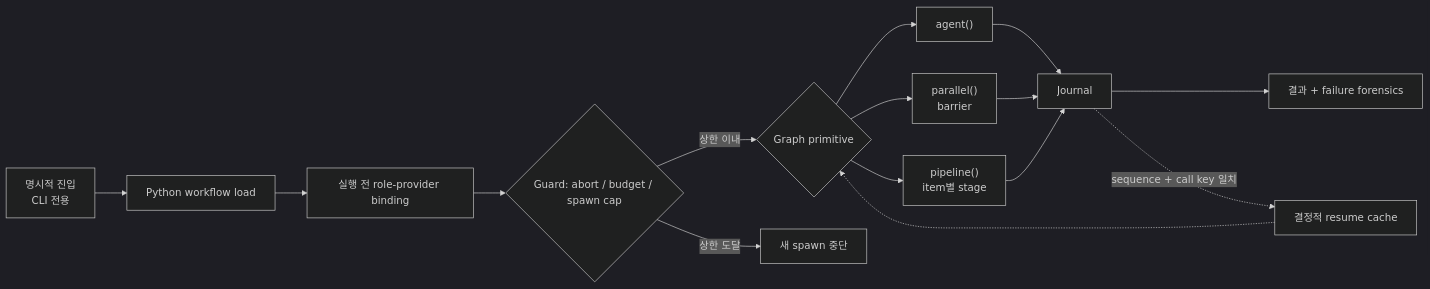
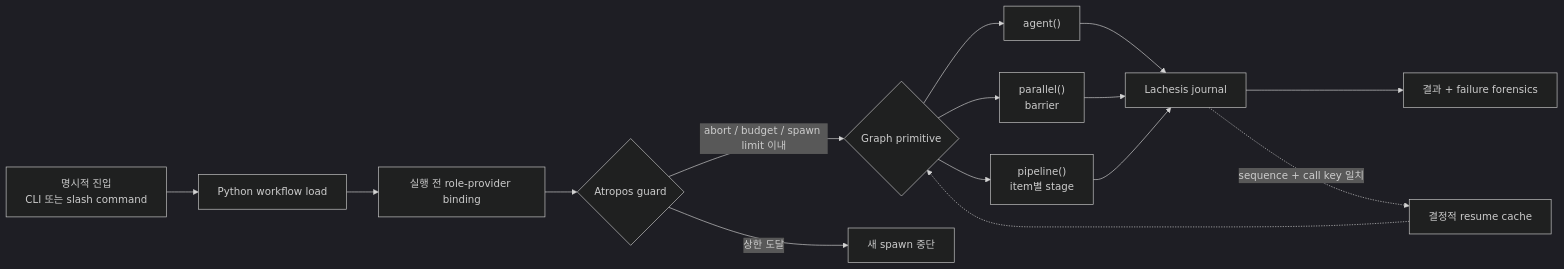
One commit to ashmoonori-afk/birkin changed the diagram in README.ko.md. Above: the diagram before and after it, drawn with Mermaid (dark theme). The commit also changed other lines of this file and 5 other files, not shown here.

Commit message:
docs(readme): clarify bounded execution architecture

````diff
--- a/README.ko.md
+++ b/README.ko.md
@@ -93,17 +95,17 @@
 ```mermaid
 flowchart LR
-    E["명시적 진입<br/>CLI 전용"] --> S["Python workflow load"]
+    E["명시적 진입<br/>CLI 또는 slash command"] --> S["Python workflow load"]
     S --> B["실행 전 role-provider binding"]
-    B --> G{"Guard: abort / budget / spawn cap"}
-    G -->|상한 이내| X{"Graph primitive"}
+    B --> G{"Atropos guard"}
+    G -->|abort / budget / spawn limit 이내| X{"Graph primitive"}
     G -->|상한 도달| Z["새 spawn 중단"]
     X --> A["agent()"]
     X --> P["parallel()<br/>barrier"]
     X --> L["pipeline()<br/>item별 stage"]
-    A --> J["Journal"]
+    A --> J["Lachesis journal"]
     P --> J
     L --> J
     J --> O["결과 + failure forensics"]
     J -. "sequence + call key 일치" .-> R["결정적 resume cache"]
     R -.-> X
 ```
````
